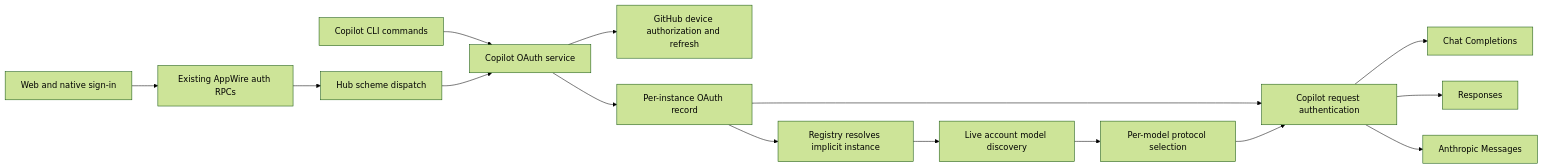
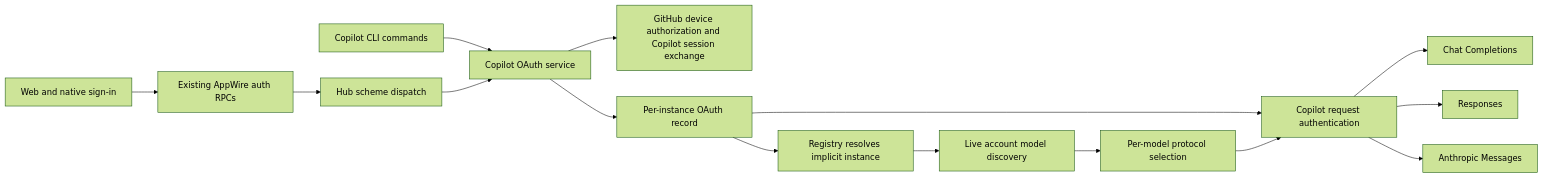
Before and after one commit to prime-radiant-inc/evener: the diagram in docs/superpowers/specs/2026-11-21-github-copilot-provider-design.md, drawn with Mermaid (forest theme). The commit also changed other lines of this file and 1 other file, not shown here.

Commit message:
docs(provider): select temporary Pi-compatible Copilot auth

````diff
--- a/docs/superpowers/specs/2026-11-21-github-copilot-provider-design.md
+++ b/docs/superpowers/specs/2026-11-21-github-copilot-provider-design.md
@@ -87,17 +89,17 @@
 ```mermaid
 flowchart LR
   CLI[Copilot CLI commands] --> Auth[Copilot OAuth service]
   Web[Web and native sign-in] --> RPC[Existing AppWire auth RPCs]
   RPC --> Hub[Hub scheme dispatch]
   Hub --> Auth
-  Auth --> GitHub[GitHub device authorization and refresh]
+  Auth --> GitHub[GitHub device authorization and Copilot session exchange]
   Auth --> Record[Per-instance OAuth record]
   Record --> Registry[Registry resolves implicit instance]
   Registry --> Models[Live account model discovery]
   Models --> Route[Per-model protocol selection]
   Record --> Requests[Copilot request authentication]
   Route --> Requests
   Requests --> Chat[Chat Completions]
   Requests --> Responses[Responses]
   Requests --> Messages[Anthropic Messages]
 ```
````
